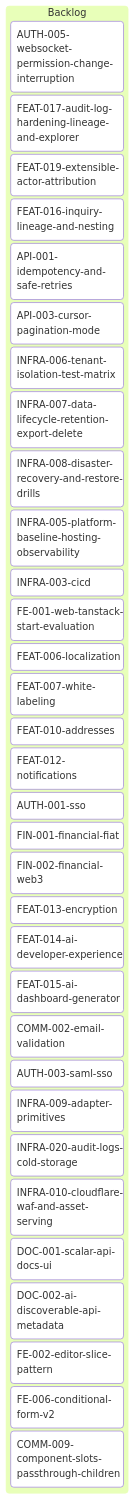
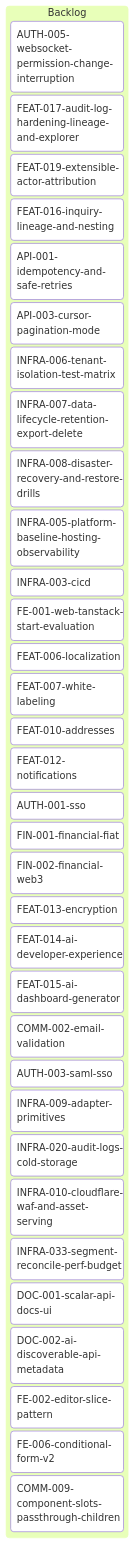
The diagram in tickets/kanban-backlog.md (inixiative/template), drawn with Mermaid before and after one commit. The commit also changed other lines of this file and 1 other file, not shown here.

Commit message:
Add INFRA-033 segment reconcile perf budget ticket

````diff
--- a/tickets/kanban-backlog.md
+++ b/tickets/kanban-backlog.md
@@ -3,41 +3,42 @@
 ```mermaid
 ---
 config:
   kanban:
     ticketBaseUrl: 'https://github.com/yourorg/template/blob/main/tickets/#TICKET#'
 ---
 kanban
   Backlog
     AUTH-005-websocket-permission-change-interruption
     FEAT-017-audit-log-hardening-lineage-and-explorer
     FEAT-019-extensible-actor-attribution
     FEAT-016-inquiry-lineage-and-nesting
     API-001-idempotency-and-safe-retries
     API-003-cursor-pagination-mode
     INFRA-006-tenant-isolation-test-matrix
     INFRA-007-data-lifecycle-retention-export-delete
     INFRA-008-disaster-recovery-and-restore-drills
     INFRA-005-platform-baseline-hosting-observability
     INFRA-003-cicd
     FE-001-web-tanstack-start-evaluation
     FEAT-006-localization
     FEAT-007-white-labeling
     FEAT-010-addresses
     FEAT-012-notifications
     AUTH-001-sso
     FIN-001-financial-fiat
     FIN-002-financial-web3
     FEAT-013-encryption
     FEAT-014-ai-developer-experience
     FEAT-015-ai-dashboard-generator
     COMM-002-email-validation
     AUTH-003-saml-sso
     INFRA-009-adapter-primitives
     INFRA-020-audit-logs-cold-storage
     INFRA-010-cloudflare-waf-and-asset-serving
+    INFRA-033-segment-reconcile-perf-budget
     DOC-001-scalar-api-docs-ui
     DOC-002-ai-discoverable-api-metadata
     FE-002-editor-slice-pattern
     FE-006-conditional-form-v2
     COMM-009-component-slots-passthrough-children
 ```
````
